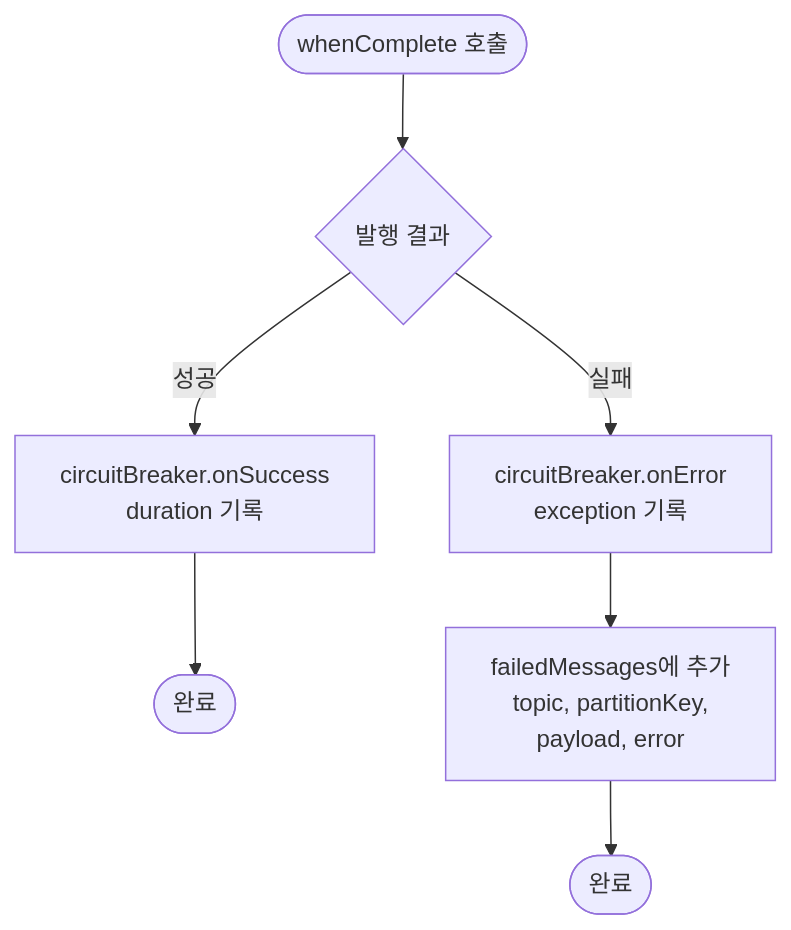
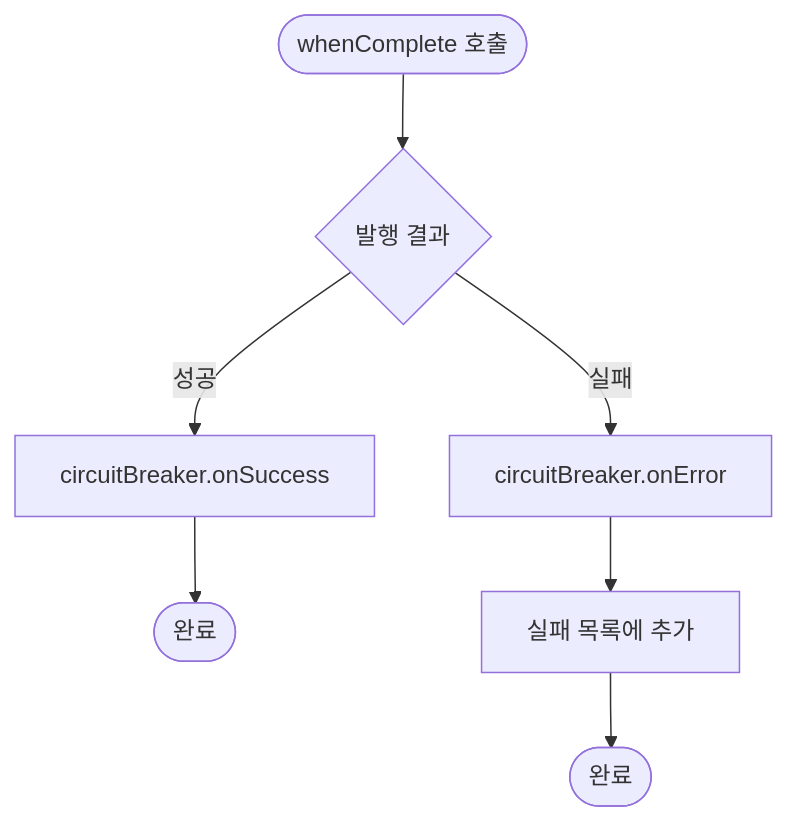
Before and after one commit to Loopers-dev-lab/loopers-spring-kotlin-template: the second of 4 diagrams in docs/week8/round8-detailed-design.md, drawn with Mermaid. The commit also changed other lines of this file and 1 other file, not shown here.

````diff
--- a/docs/week8/round8-detailed-design.md
+++ b/docs/week8/round8-detailed-design.md
@@ -230,11 +106,9 @@
 ```mermaid
 flowchart TD
     Start([whenComplete 호출]) --> CheckResult{발행 결과}
-    
-    CheckResult -->|성공| RecordSuccess[circuitBreaker.onSuccess<br/>duration 기록]
+    CheckResult -->|성공| RecordSuccess[circuitBreaker.onSuccess]
     RecordSuccess --> End1([완료])
-    
-    CheckResult -->|실패| RecordError[circuitBreaker.onError<br/>exception 기록]
-    RecordError --> AddToFailed[failedMessages에 추가<br/>topic, partitionKey,<br/>payload, error]
+    CheckResult -->|실패| RecordFailure[circuitBreaker.onError]
+    RecordFailure --> AddToFailed[실패 목록에 추가]
     AddToFailed --> End2([완료])
 ```
````
